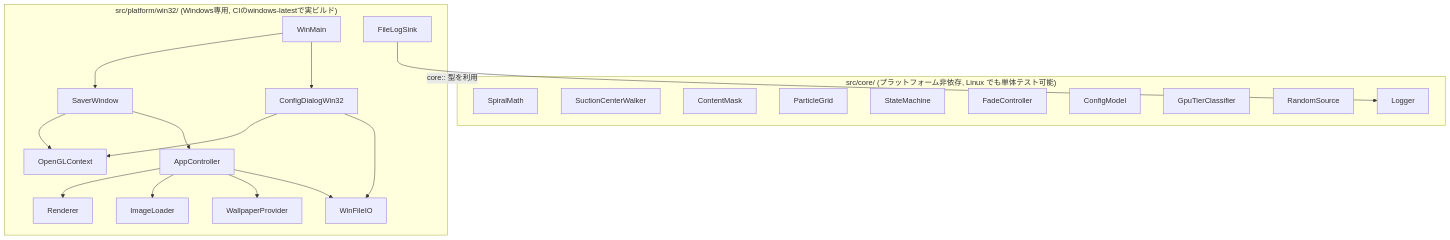
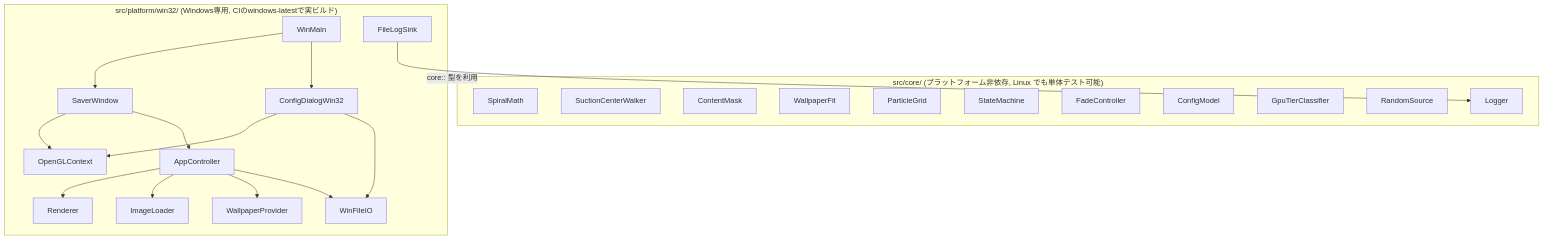
The first of 3 diagrams in docs/DESIGN.md (himayah/scrkit), drawn with Mermaid before and after one commit. The commit also changed other lines of this file and 8 other files, not shown here.

````diff
--- a/docs/DESIGN.md
+++ b/docs/DESIGN.md
@@ -13,31 +13,32 @@
 ```mermaid
 flowchart TB
     subgraph core["src/core/ (プラットフォーム非依存, Linux でも単体テスト可能)"]
         SpiralMath
         SuctionCenterWalker
         ContentMask
+        WallpaperFit
         ParticleGrid
         StateMachine
         FadeController
         ConfigModel
         GpuTierClassifier
         RandomSource
         Logger
     end
 
     subgraph win32["src/platform/win32/ (Windows専用, CIのwindows-latestで実ビルド)"]
         WinMain --> SaverWindow
         SaverWindow --> OpenGLContext
         SaverWindow --> AppController
         AppController --> Renderer
         AppController --> ImageLoader
         AppController --> WallpaperProvider
         ConfigDialogWin32 --> OpenGLContext
         WinMain --> ConfigDialogWin32
         FileLogSink --> Logger
         ConfigDialogWin32 --> WinFileIO
         AppController --> WinFileIO
     end
 
     win32 -->|core:: 型を利用| core
 ```
````
